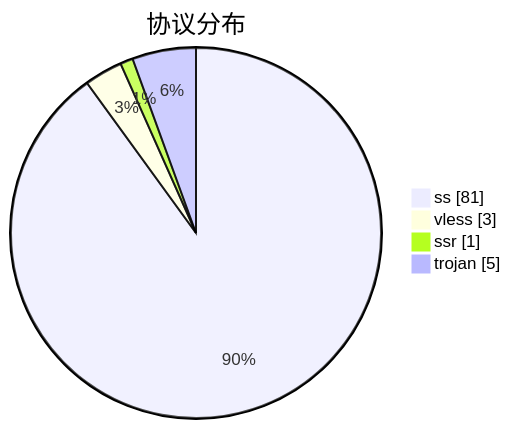
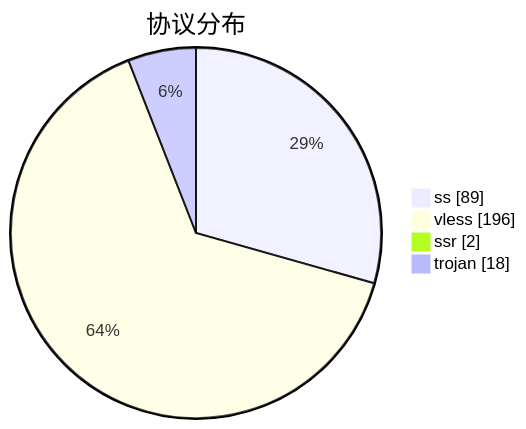
The third of 3 diagrams in subs/statistics/tested_within.md (qjlxg/airport), drawn with Mermaid before and after one commit. The commit also changed other lines of this file and 2 other files, not shown here.

````diff
--- a/subs/statistics/tested_within.md
+++ b/subs/statistics/tested_within.md
@@ -29,8 +33,8 @@
 ```mermaid
 pie showData
 title 协议分布
-"ss" : 81
-"vless" : 3
-"ssr" : 1
-"trojan" : 5
+"ss" : 89
+"vless" : 196
+"ssr" : 2
+"trojan" : 18
 ```
````
